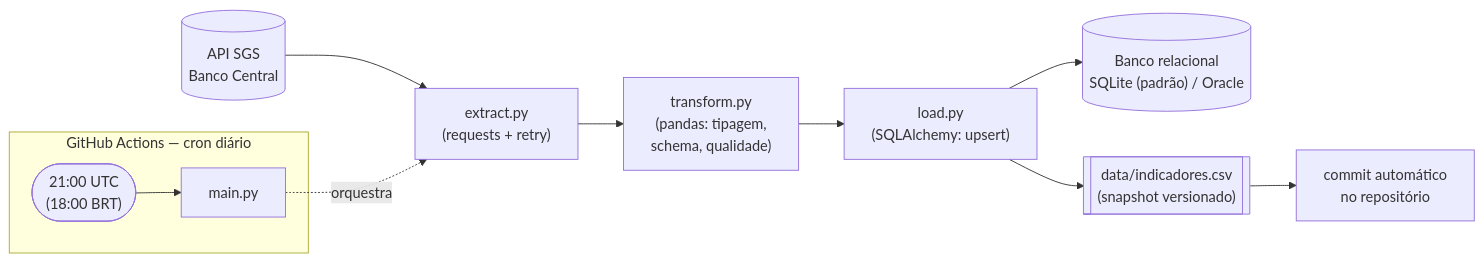
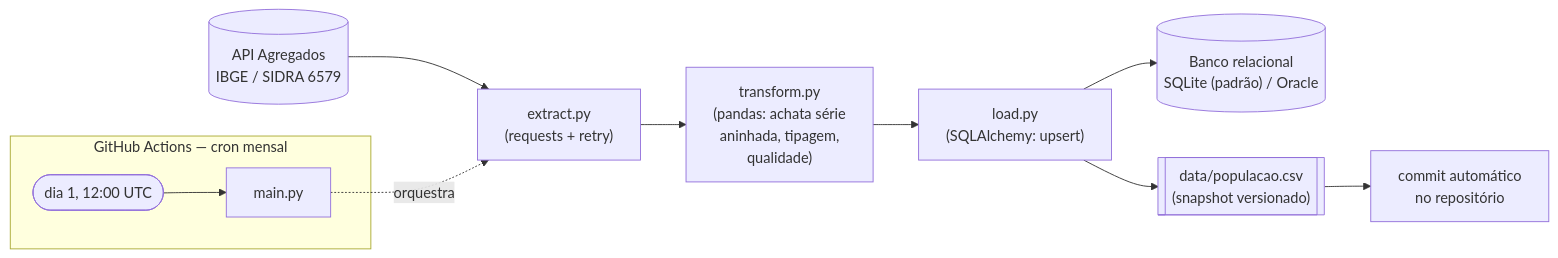
One commit to vitordelphim4-byte/pipeline-etl-bcb changed the diagram in README.md. Above: the diagram before and after it, drawn with Mermaid. The commit also changed other lines of this file and 7 other files, not shown here.

First line of the commit message:
feat: substitui pipeline por populacao estimada do IBGE (SIDRA 6579)

````diff
--- a/README.md
+++ b/README.md
@@ -19,15 +17,15 @@
 ```mermaid
 flowchart LR
-    API[("API SGS<br/>Banco Central")] --> EXTRACT["extract.py<br/>(requests + retry)"]
-    EXTRACT --> TRANSFORM["transform.py<br/>(pandas: tipagem,<br/>schema, qualidade)"]
+    API[("API Agregados<br/>IBGE / SIDRA 6579")] --> EXTRACT["extract.py<br/>(requests + retry)"]
+    EXTRACT --> TRANSFORM["transform.py<br/>(pandas: achata série<br/>aninhada, tipagem,<br/>qualidade)"]
     TRANSFORM --> LOAD["load.py<br/>(SQLAlchemy: upsert)"]
     LOAD --> DB[("Banco relacional<br/>SQLite (padrão) / Oracle")]
-    LOAD --> CSV[["data/indicadores.csv<br/>(snapshot versionado)"]]
+    LOAD --> CSV[["data/populacao.csv<br/>(snapshot versionado)"]]
 
-    subgraph GHA["GitHub Actions — cron diário"]
-        CRON(["21:00 UTC<br/>(18:00 BRT)"]) --> MAIN["main.py"]
+    subgraph GHA["GitHub Actions — cron mensal"]
+        CRON(["dia 1, 12:00 UTC"]) --> MAIN["main.py"]
     end
 
     MAIN -.orquestra.-> EXTRACT
     CSV --> COMMIT["commit automático<br/>no repositório"]
 ```
````
